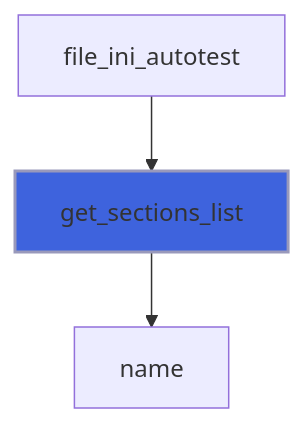
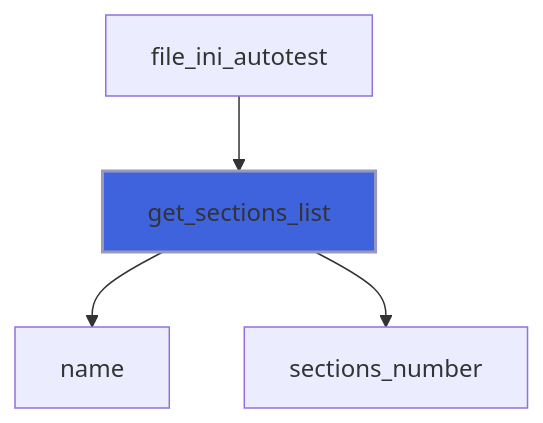
The third of 24 diagrams in docs/api/src/lib/finer_file_ini_t.md (szaghi/FiNeR), drawn with Mermaid before and after one commit. The commit also changed other lines of this file and 199 other files, not shown here.

````diff
--- a/docs/api/src/lib/finer_file_ini_t.md
+++ b/docs/api/src/lib/finer_file_ini_t.md
@@ -171,6 +177,7 @@
 ```mermaid
 flowchart TD
   file_ini_autotest["file_ini_autotest"] --> get_sections_list["get_sections_list"]
   get_sections_list["get_sections_list"] --> name["name"]
+  get_sections_list["get_sections_list"] --> sections_number["sections_number"]
   style get_sections_list fill:#3e63dd,stroke:#99b,stroke-width:2px
 ```
````
